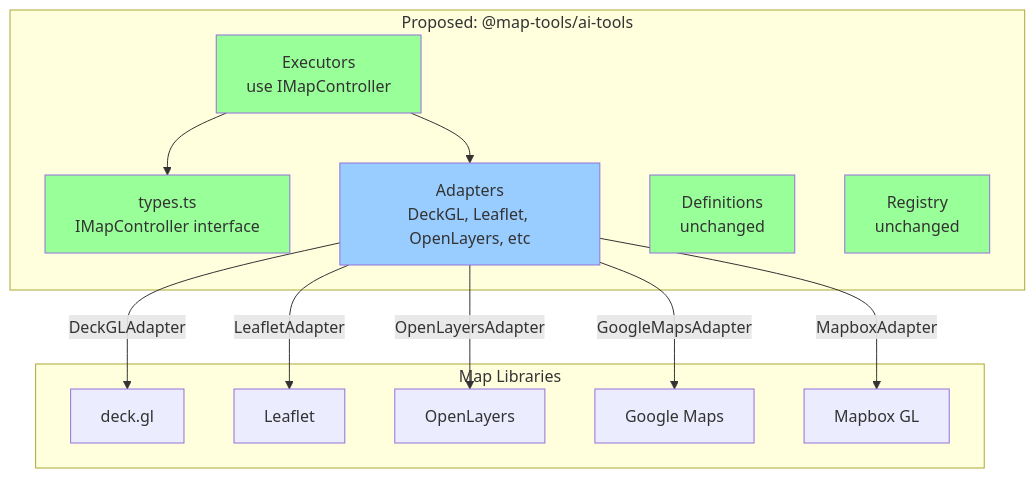
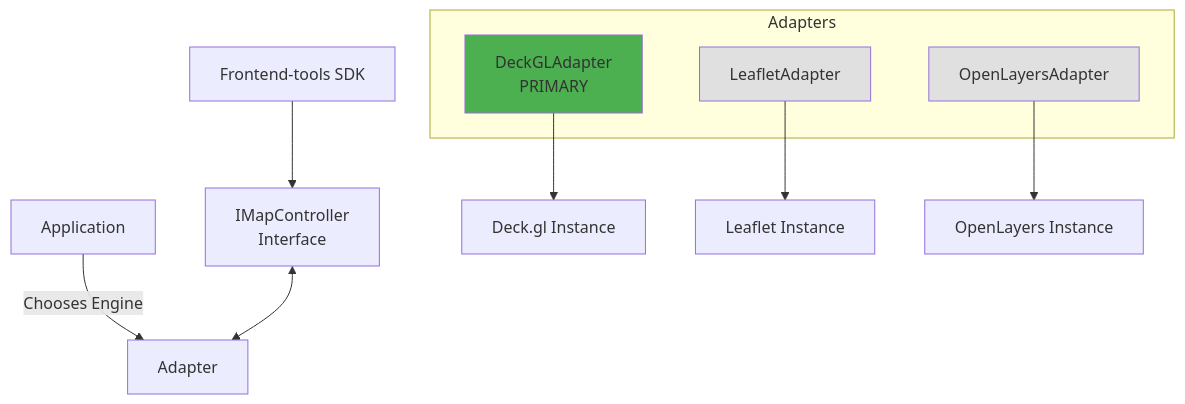
One commit to CartoDB/carto-agentic-deckgl changed the fourth of 4 diagrams in NEW_ARCHITECTURE.md. Above: the diagram before and after it, drawn with Mermaid. The commit also changed other lines of this file and 1 other file, not shown here.

First line of the commit message:
Refactor architecture to support framework-agnostic frontend tools library

````diff
--- a/NEW_ARCHITECTURE.md
+++ b/NEW_ARCHITECTURE.md
@@ -526,33 +392,24 @@
 ```mermaid
 graph TB
-    subgraph ProposedLib["Proposed: @map-tools/ai-tools"]
-        TYPES[types.ts<br/>IMapController interface]
-        EXEC[Executors<br/>use IMapController]
-        ADAPTERS[Adapters<br/>DeckGL, Leaflet, OpenLayers, etc]
-        DEF[Definitions<br/>unchanged]
-        REG[Registry<br/>unchanged]
+    App[Application]
+    SDK[Frontend-tools SDK]
+
+    App -->|Chooses Engine| Adapter
+
+    subgraph Adapters
+        DeckGL[DeckGLAdapter<br/>PRIMARY]
+        Leaflet[LeafletAdapter]
+        OpenLayers[OpenLayersAdapter]
     end
 
-    subgraph Libraries["Map Libraries"]
-        DECK[deck.gl]
-        LEAFLET[Leaflet]
-        OL[OpenLayers]
-        GOOGLE[Google Maps]
-        MAPBOX[Mapbox GL]
-    end
+    SDK --> IMapController[IMapController<br/>Interface]
+    IMapController <--> Adapter
 
-    EXEC --> TYPES
-    EXEC --> ADAPTERS
+    DeckGL --> DeckInst[Deck.gl Instance]
+    Leaflet --> LeafletInst[Leaflet Instance]
+    OpenLayers --> OLInst[OpenLayers Instance]
 
-    ADAPTERS --> |DeckGLAdapter| DECK
-    ADAPTERS --> |LeafletAdapter| LEAFLET
-    ADAPTERS --> |OpenLayersAdapter| OL
-    ADAPTERS --> |GoogleMapsAdapter| GOOGLE
-    ADAPTERS --> |MapboxAdapter| MAPBOX
-
-    style TYPES fill:#99ff99
-    style EXEC fill:#99ff99
-    style ADAPTERS fill:#99ccff
-    style DEF fill:#99ff99
-    style REG fill:#99ff99
+    style DeckGL fill:#4CAF50
+    style Leaflet fill:#E0E0E0
+    style OpenLayers fill:#E0E0E0
 ```
````
